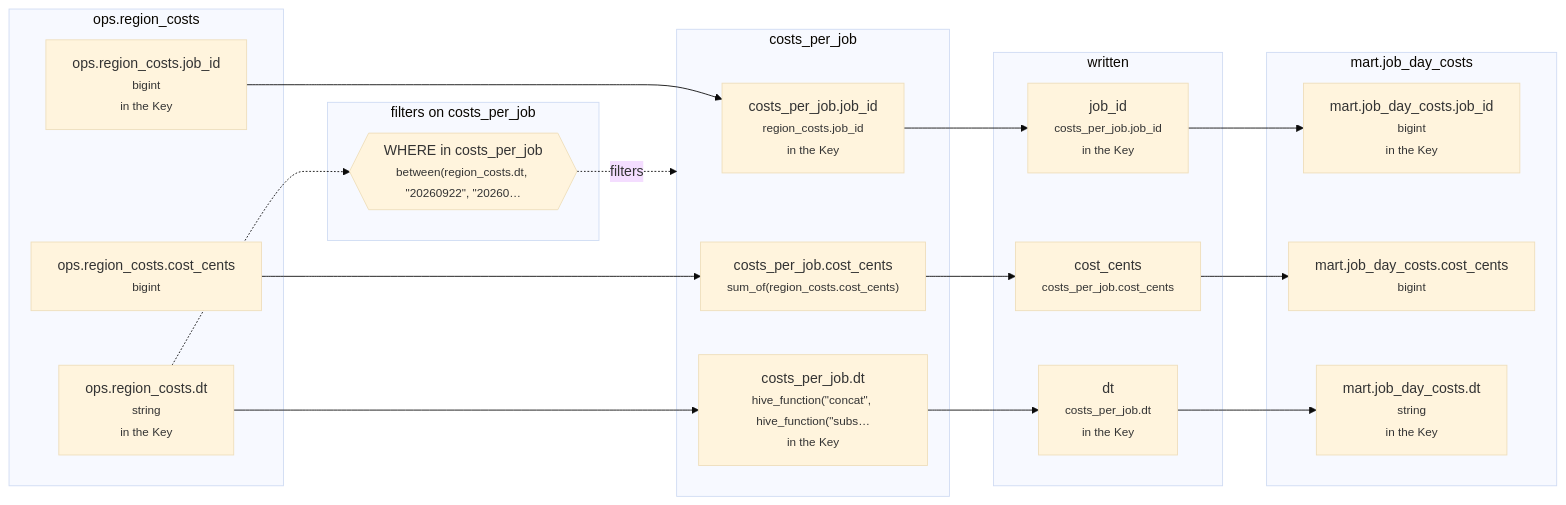
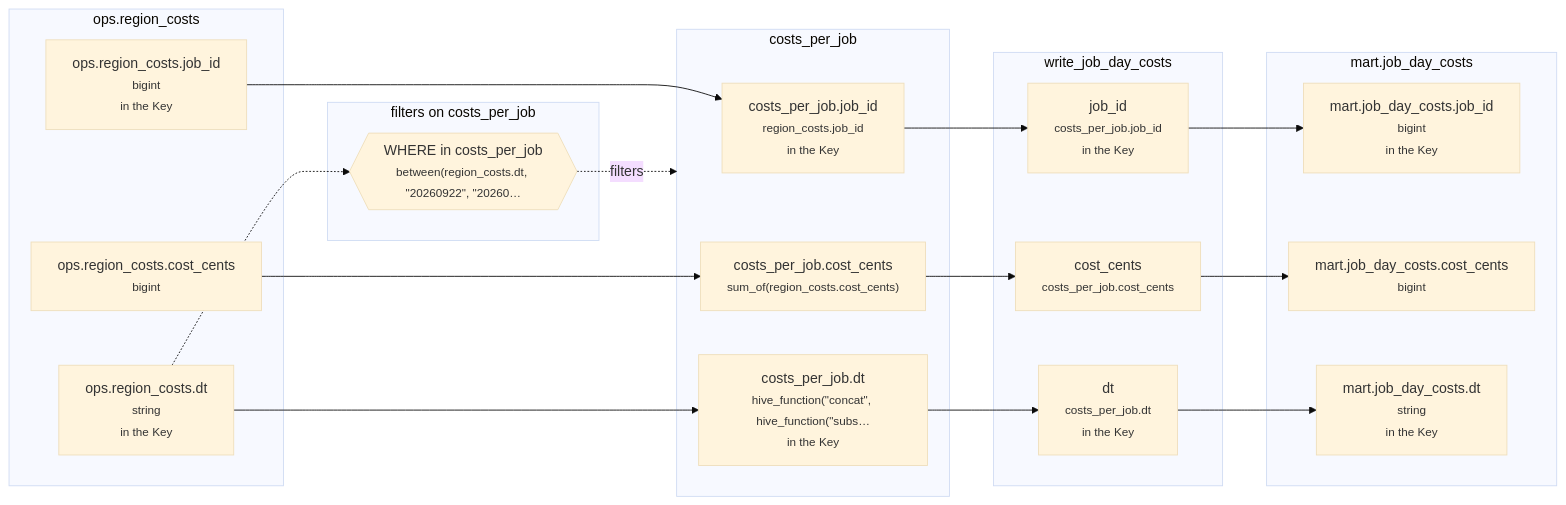
One commit to EdgyPage/SQL-Composer changed the diagram in example_projects/intermediate/tables/mart__job_day_costs/lineage/20260925-060000-mart__job_day_costs.md. Above: the diagram before and after it, drawn with Mermaid (base theme). The commit also changed other lines of this file and 148 other files, not shown here.

````diff
--- a/example_projects/intermediate/tables/mart__job_day_costs/lineage/20260925-060000-mart__job_day_costs.md
+++ b/example_projects/intermediate/tables/mart__job_day_costs/lineage/20260925-060000-mart__job_day_costs.md
@@ -7,37 +7,37 @@
 ```mermaid
 flowchart LR
   subgraph g0["ops.region_costs"]
     n0["ops.region_costs.job_id<br/><small>bigint</small><br/><small>in the Key</small>"]
     n2["ops.region_costs.cost_cents<br/><small>bigint</small>"]
     n4["ops.region_costs.dt<br/><small>string</small><br/><small>in the Key</small>"]
   end
   subgraph g1["costs_per_job"]
     n1["costs_per_job.job_id<br/><small>region_costs.job_id</small><br/><small>in the Key</small>"]
     n3["costs_per_job.cost_cents<br/><small>sum_of(region_costs.cost_cents)</small>"]
     n5["costs_per_job.dt<br/><small>hive_function(#quot;concat#quot;, hive_function(#quot;subs…</small><br/><small>in the Key</small>"]
   end
   subgraph g2["filters on costs_per_job"]
     n6{{"WHERE in costs_per_job<br/><small>between(region_costs.dt, #quot;20260922#quot;, #quot;20260…</small>"}}
   end
-  subgraph g3["written"]
+  subgraph g3["write_job_day_costs"]
     n7["job_id<br/><small>costs_per_job.job_id</small><br/><small>in the Key</small>"]
     n8["cost_cents<br/><small>costs_per_job.cost_cents</small>"]
     n9["dt<br/><small>costs_per_job.dt</small><br/><small>in the Key</small>"]
   end
   subgraph g4["mart.job_day_costs"]
     n10["mart.job_day_costs.job_id<br/><small>bigint</small><br/><small>in the Key</small>"]
     n11["mart.job_day_costs.cost_cents<br/><small>bigint</small>"]
     n12["mart.job_day_costs.dt<br/><small>string</small><br/><small>in the Key</small>"]
   end
   n0 --> n1
   n2 --> n3
   n4 --> n5
   n4 -.-> n6
   n1 --> n7
   n3 --> n8
   n5 --> n9
   n7 --> n10
   n8 --> n11
   n9 --> n12
   n6 -.->|filters| g1
 ```
````
